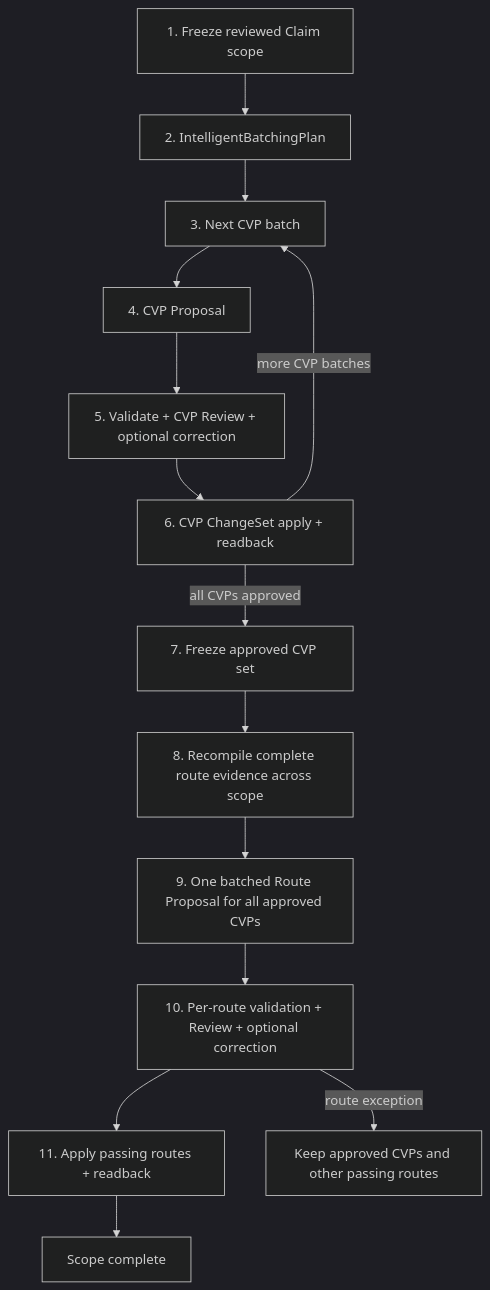
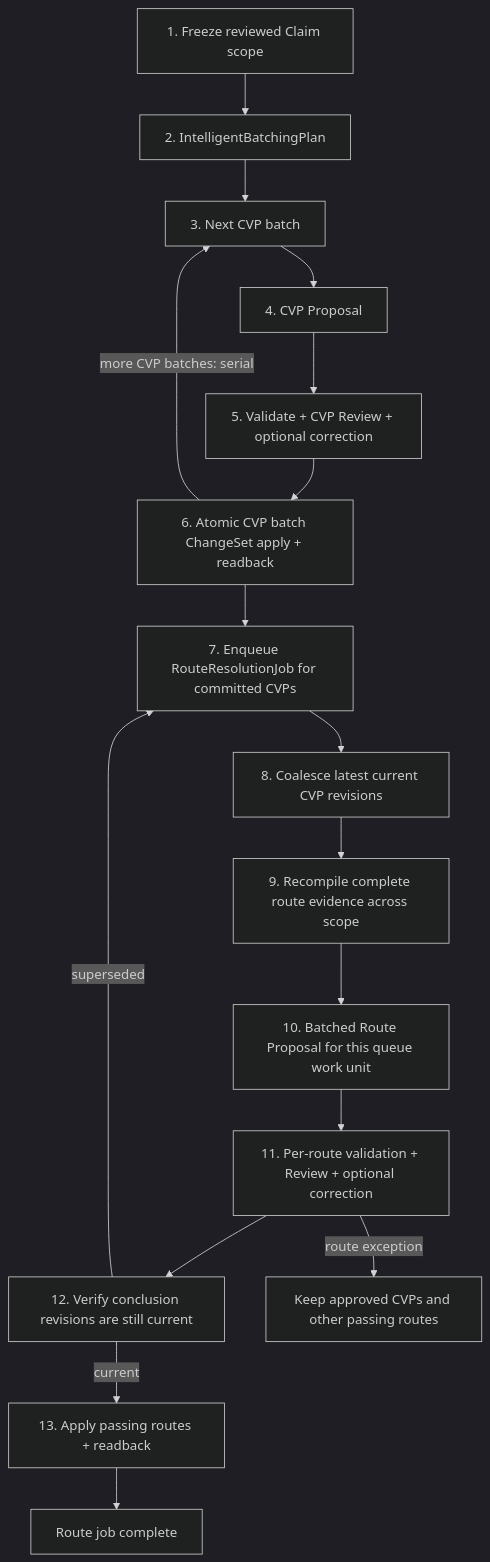
The third of 7 diagrams in docs/wang-knowledge-platform/canonical_viewpoint_registry_design_v1.md (junyang168/smart-answer), drawn with Mermaid (dark theme) before and after one commit. The commit also changed other lines of this file and 2 other files, not shown here.

Commit message:
fix(wang): track route jobs and recovered batch state

````diff
--- a/docs/wang-knowledge-platform/canonical_viewpoint_registry_design_v1.md
+++ b/docs/wang-knowledge-platform/canonical_viewpoint_registry_design_v1.md
@@ -953,16 +978,19 @@
 ```mermaid
 flowchart TD
     S["1. Freeze reviewed Claim scope"] --> I["2. IntelligentBatchingPlan"]
     I --> N["3. Next CVP batch"]
     N --> P["4. CVP Proposal"]
     P --> R["5. Validate + CVP Review + optional correction"]
-    R --> C["6. CVP ChangeSet apply + readback"]
-    C -->|"more CVP batches"| N
-    C -->|"all CVPs approved"| F["7. Freeze approved CVP set"]
-    F --> E["8. Recompile complete route evidence across scope"]
-    E --> RP["9. One batched Route Proposal for all approved CVPs"]
-    RP --> RR["10. Per-route validation + Review + optional correction"]
-    RR --> RA["11. Apply passing routes + readback"]
+    R --> C["6. Atomic CVP batch ChangeSet apply + readback"]
+    C -->|"more CVP batches: serial"| N
+    C --> Q["7. Enqueue RouteResolutionJob for committed CVPs"]
+    Q --> F["8. Coalesce latest current CVP revisions"]
+    F --> E["9. Recompile complete route evidence across scope"]
+    E --> RP["10. Batched Route Proposal for this queue work unit"]
+    RP --> RR["11. Per-route validation + Review + optional correction"]
+    RR --> CV["12. Verify conclusion revisions are still current"]
+    CV -->|"current"| RA["13. Apply passing routes + readback"]
+    CV -->|"superseded"| Q
     RR -->|"route exception"| RX["Keep approved CVPs and other passing routes"]
-    RA --> Z["Scope complete"]
+    RA --> Z["Route job complete"]
 ```
````
